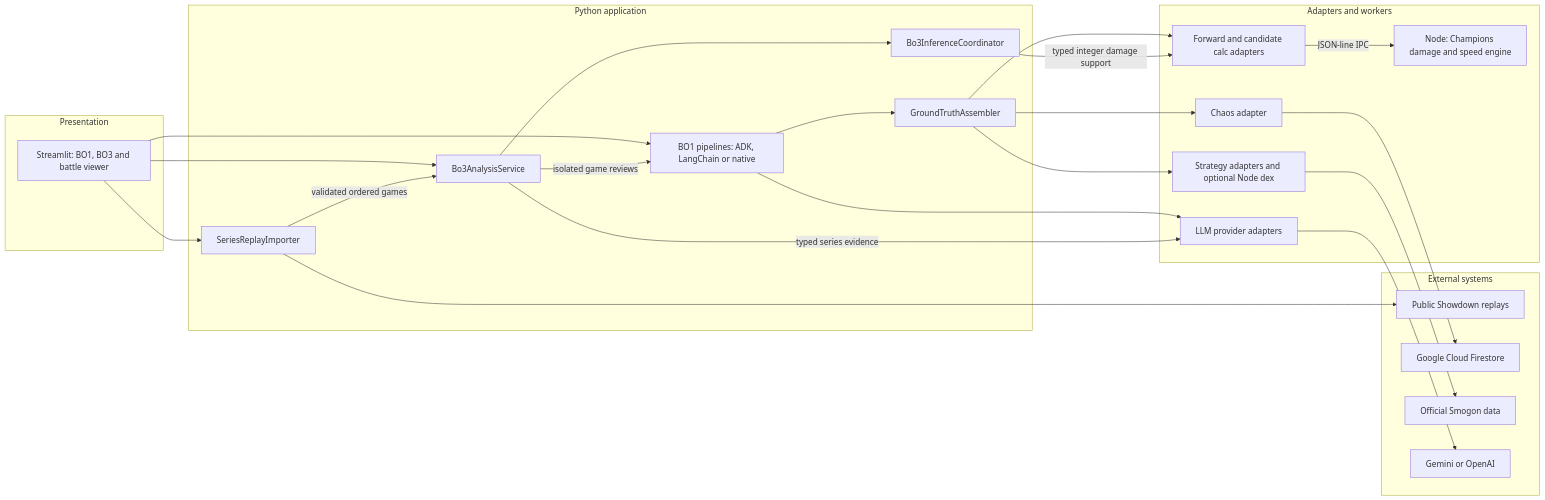
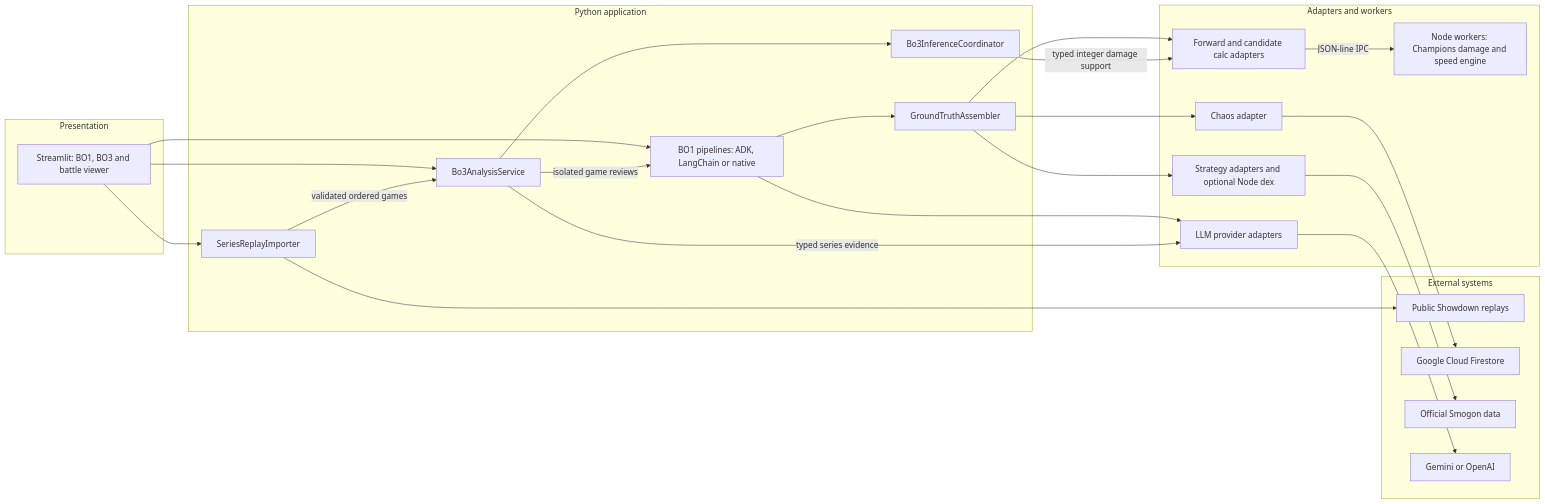
The second of 5 diagrams in docs/architecture.md (Huarada/professor-VGC), drawn with Mermaid before and after one commit. The commit also changed other lines of this file and 143 other files, not shown here.

````diff
--- a/docs/architecture.md
+++ b/docs/architecture.md
@@ -13,44 +28,44 @@
 ```mermaid
 flowchart LR
     subgraph presentation ["Presentation"]
         ui["Streamlit: BO1, BO3 and battle viewer"]
     end
     subgraph application ["Python application"]
         importer["SeriesReplayImporter"]
         series["Bo3AnalysisService"]
         single["BO1 pipelines: ADK, LangChain or native"]
         evidence["GroundTruthAssembler"]
         inverse["Bo3InferenceCoordinator"]
     end
     subgraph infrastructure ["Adapters and workers"]
         calc["Forward and candidate calc adapters"]
-        worker["Node: Champions damage and speed engine"]
+        worker["Node workers: Champions damage and speed engine"]
         meta["Chaos adapter"]
         strategy["Strategy adapters and optional Node dex"]
         provider["LLM provider adapters"]
     end
     subgraph external ["External systems"]
         showdown["Public Showdown replays"]
         firestore["Google Cloud Firestore"]
         smogon["Official Smogon data"]
         llm["Gemini or OpenAI"]
     end
     ui --> importer
     importer --> showdown
     ui --> single
     ui --> series
     importer -->|"validated ordered games"| series
     series -->|"isolated game reviews"| single
     series --> inverse
     single --> evidence
     evidence --> calc
     evidence --> meta
     evidence --> strategy
     inverse -->|"typed integer damage support"| calc
     calc -->|"JSON-line IPC"| worker
     meta --> firestore
     strategy --> smogon
     single --> provider
     series -->|"typed series evidence"| provider
     provider --> llm
 ```
````
